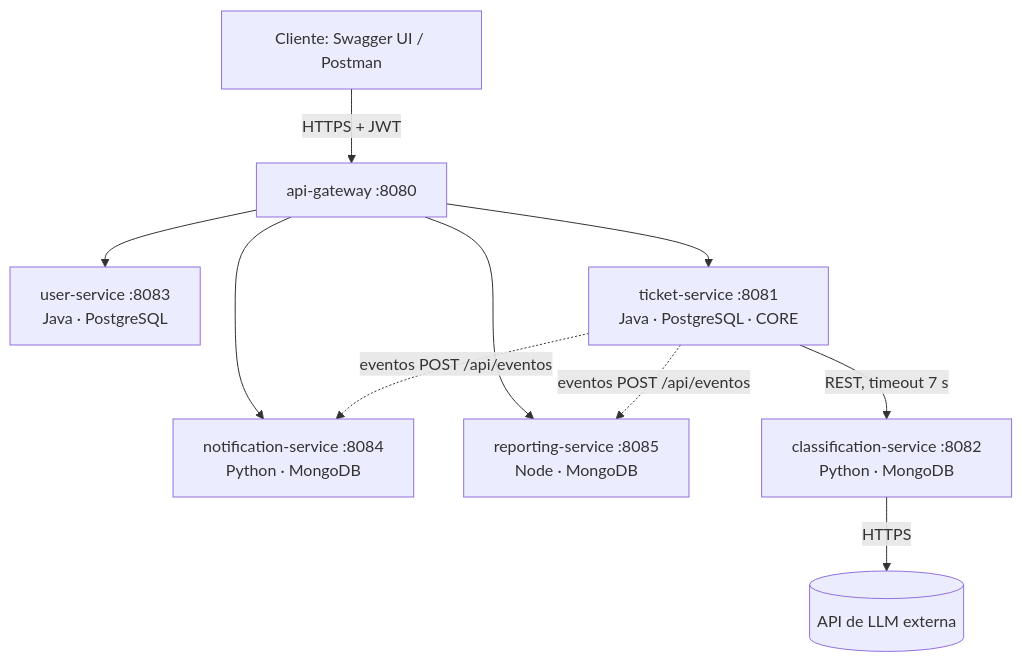
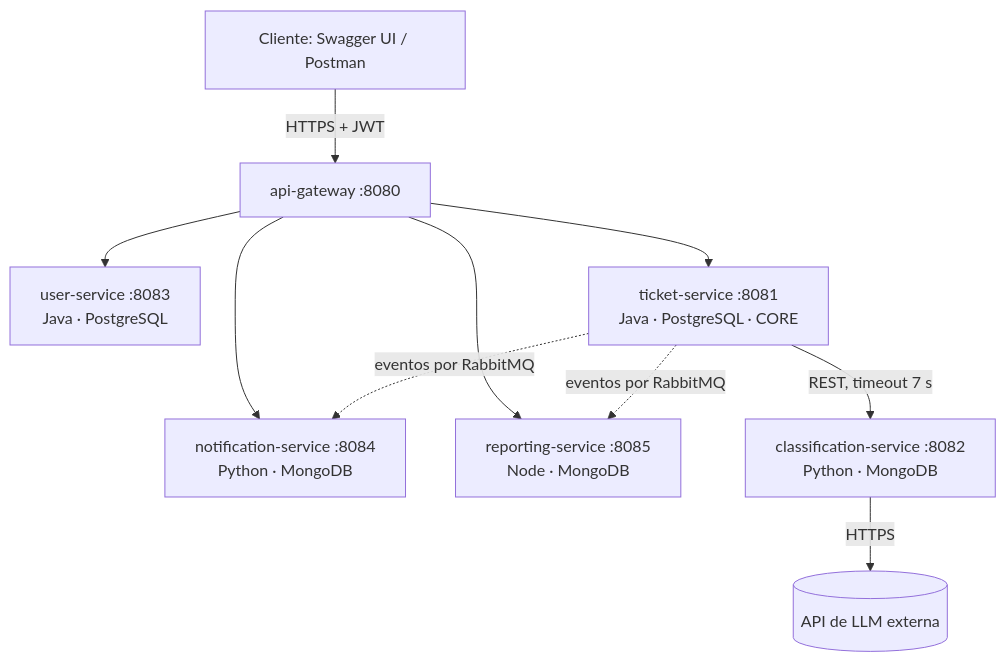
One commit to AVFare/DA2UrgentIABackend changed the first of 3 diagrams in CONTEXTO_PROYECTO.md. Above: the diagram before and after it, drawn with Mermaid. The commit also changed other lines of this file and 1 other file, not shown here.

Commit message:
docs(notificacion): saca POST /api/eventos del README y del contexto

````diff
--- a/CONTEXTO_PROYECTO.md
+++ b/CONTEXTO_PROYECTO.md
@@ -794,12 +787,12 @@
 ```mermaid
 flowchart TB
   C[Cliente: Swagger UI / Postman] -->|HTTPS + JWT| GW[api-gateway :8080]
   GW --> US[user-service :8083<br/>Java · PostgreSQL]
   GW --> TS[ticket-service :8081<br/>Java · PostgreSQL · CORE]
   GW --> NS[notification-service :8084<br/>Python · MongoDB]
   GW --> RS[reporting-service :8085<br/>Node · MongoDB]
   TS -->|REST, timeout 7 s| CS[classification-service :8082<br/>Python · MongoDB]
   CS -->|HTTPS| LLM[(API de LLM externa)]
-  TS -. eventos POST /api/eventos .-> NS
-  TS -. eventos POST /api/eventos .-> RS
+  TS -. eventos por RabbitMQ .-> NS
+  TS -. eventos por RabbitMQ .-> RS
 ```
````
